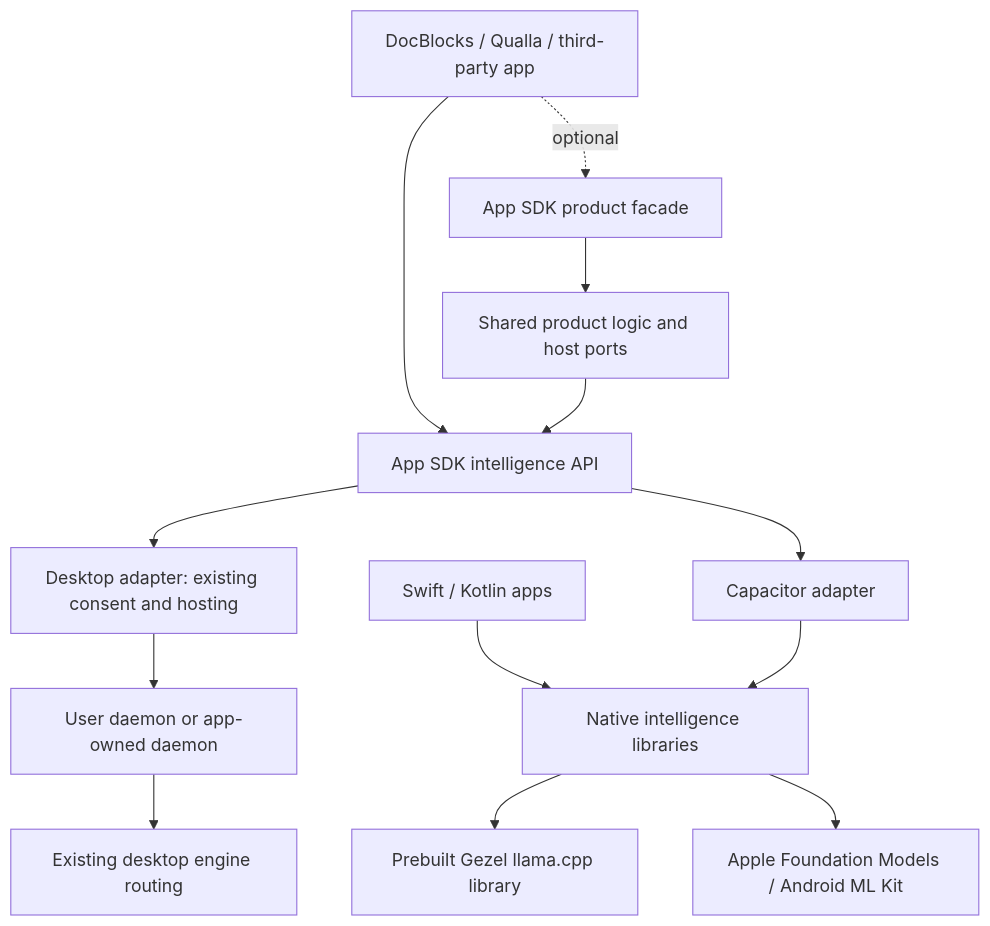
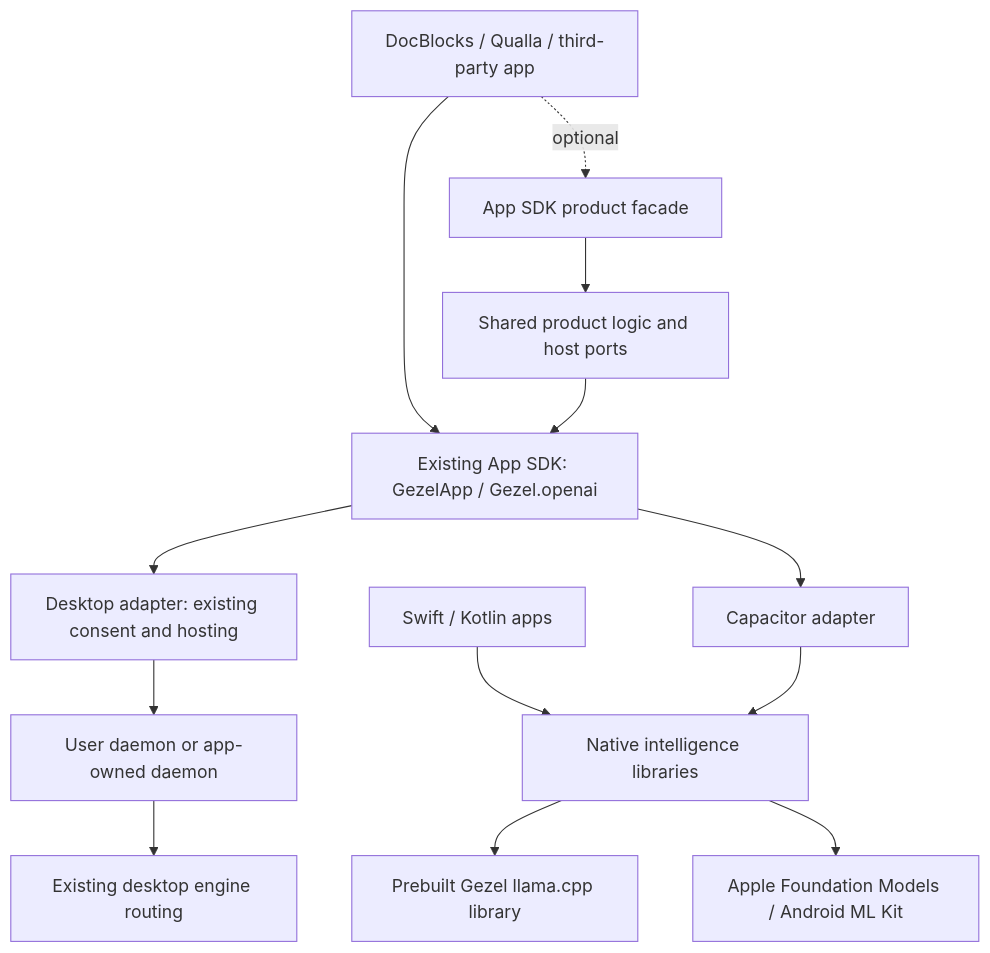
Before and after one commit to bendyline/gezel: the diagram in docs/app-sdk-mobile-packaging-plan.md, drawn with Mermaid. The commit also changed other lines of this file and 112 other files, not shown here.

````diff
--- a/docs/app-sdk-mobile-packaging-plan.md
+++ b/docs/app-sdk-mobile-packaging-plan.md
@@ -100,15 +162,15 @@
 ```mermaid
 flowchart TD
-  Apps[DocBlocks / Qualla / third-party app] --> API[App SDK intelligence API]
+  Apps[DocBlocks / Qualla / third-party app] --> API[Existing App SDK: GezelApp / Gezel.openai]
   API --> Desktop[Desktop adapter: existing consent and hosting]
   API --> Cap[Capacitor adapter]
   NativeApps[Swift / Kotlin apps] --> Native[Native intelligence libraries]
   Cap --> Native
   Desktop --> Daemon[User daemon or app-owned daemon]
   Daemon --> Engines[Existing desktop engine routing]
   Native --> Llama[Prebuilt Gezel llama.cpp library]
   Native --> System[Apple Foundation Models / Android ML Kit]
   Apps -. optional .-> Product[App SDK product facade]
   Product --> Domain[Shared product logic and host ports]
   Domain --> API
 ```
````
